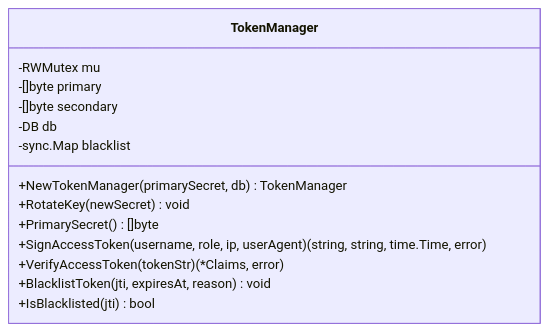
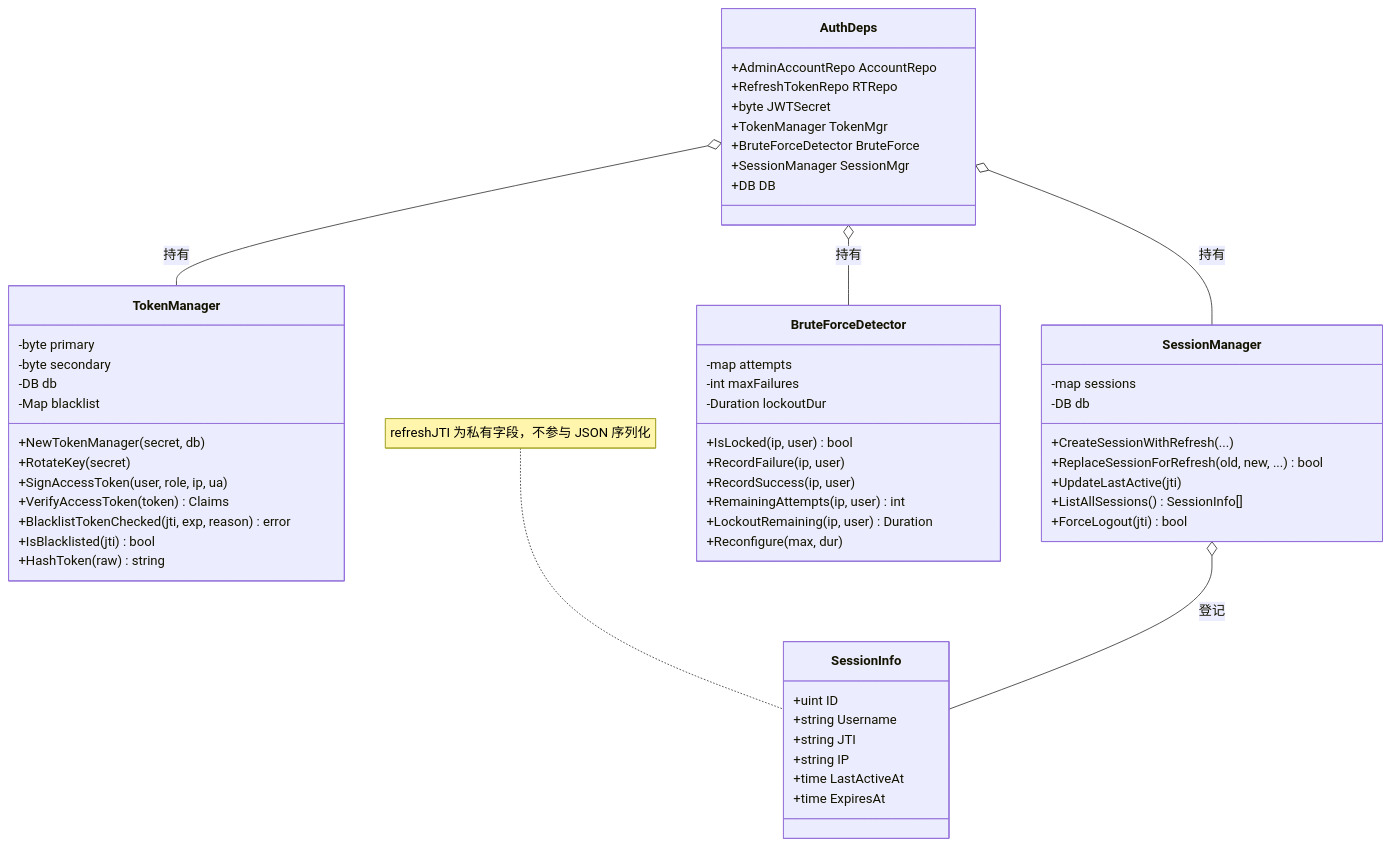
One commit to x01n/My-OpenWaf changed the second of 8 diagrams in docs/前端管理界面/Next.js 架构设计/登录流程与鉴权机制.md. Above: the diagram before and after it, drawn with Mermaid. The commit also changed other lines of this file and 622 other files, not shown here.

````diff
--- a/docs/前端管理界面/Next.js 架构设计/登录流程与鉴权机制.md
+++ b/docs/前端管理界面/Next.js 架构设计/登录流程与鉴权机制.md
@@ -125,17 +192,58 @@
 ```mermaid
 classDiagram
-class TokenManager {
--RWMutex mu
--[]byte primary
--[]byte secondary
--DB db
--sync.Map blacklist
-+NewTokenManager(primarySecret, db) TokenManager
-+RotateKey(newSecret) void
-+PrimarySecret() []byte
-+SignAccessToken(username, role, ip, userAgent) (string, string, time.Time, error)
-+VerifyAccessToken(tokenStr) (*Claims, error)
-+BlacklistToken(jti, expiresAt, reason) void
-+IsBlacklisted(jti) bool
-}
+  class TokenManager {
+    -byte primary
+    -byte secondary
+    -DB db
+    -Map blacklist
+    +NewTokenManager(secret, db)
+    +RotateKey(secret)
+    +SignAccessToken(user, role, ip, ua)
+    +VerifyAccessToken(token) Claims
+    +BlacklistTokenChecked(jti, exp, reason) error
+    +IsBlacklisted(jti) bool
+    +HashToken(raw) string
+  }
+  class SessionManager {
+    -map sessions
+    -DB db
+    +CreateSessionWithRefresh(...)
+    +ReplaceSessionForRefresh(old, new, ...) bool
+    +UpdateLastActive(jti)
+    +ListAllSessions() SessionInfo[]
+    +ForceLogout(jti) bool
+  }
+  class BruteForceDetector {
+    -map attempts
+    -int maxFailures
+    -Duration lockoutDur
+    +IsLocked(ip, user) bool
+    +RecordFailure(ip, user)
+    +RecordSuccess(ip, user)
+    +RemainingAttempts(ip, user) int
+    +LockoutRemaining(ip, user) Duration
+    +Reconfigure(max, dur)
+  }
+  class AuthDeps {
+    +AdminAccountRepo AccountRepo
+    +RefreshTokenRepo RTRepo
+    +byte JWTSecret
+    +TokenManager TokenMgr
+    +BruteForceDetector BruteForce
+    +SessionManager SessionMgr
+    +DB DB
+  }
+  class SessionInfo {
+    +uint ID
+    +string Username
+    +string JTI
+    +string IP
+    +time LastActiveAt
+    +time ExpiresAt
+  }
+  AuthDeps o-- TokenManager : 持有
+  AuthDeps o-- SessionManager : 持有
+  AuthDeps o-- BruteForceDetector : 持有
+  SessionManager o-- SessionInfo : 登记
+  note for SessionInfo "refreshJTI 为私有字段，不参与 JSON 序列化"
 ```
````
